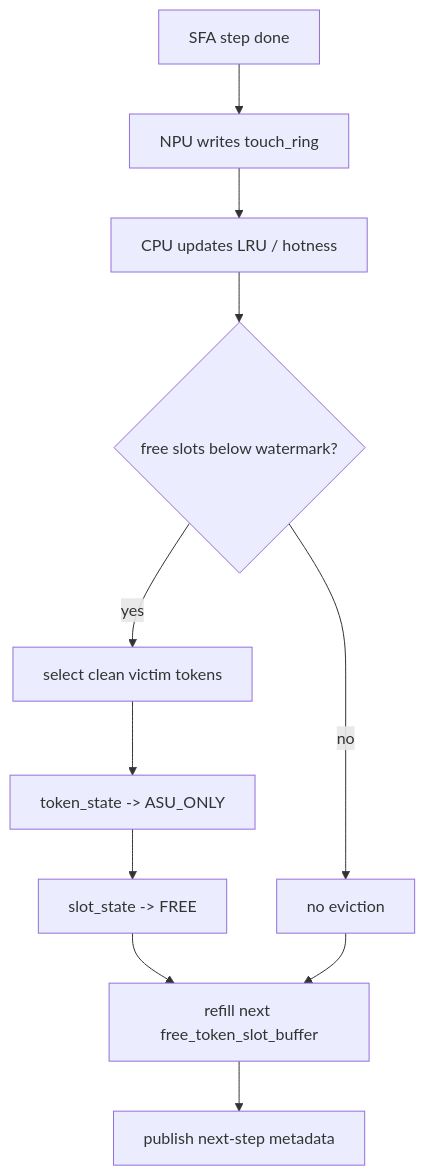
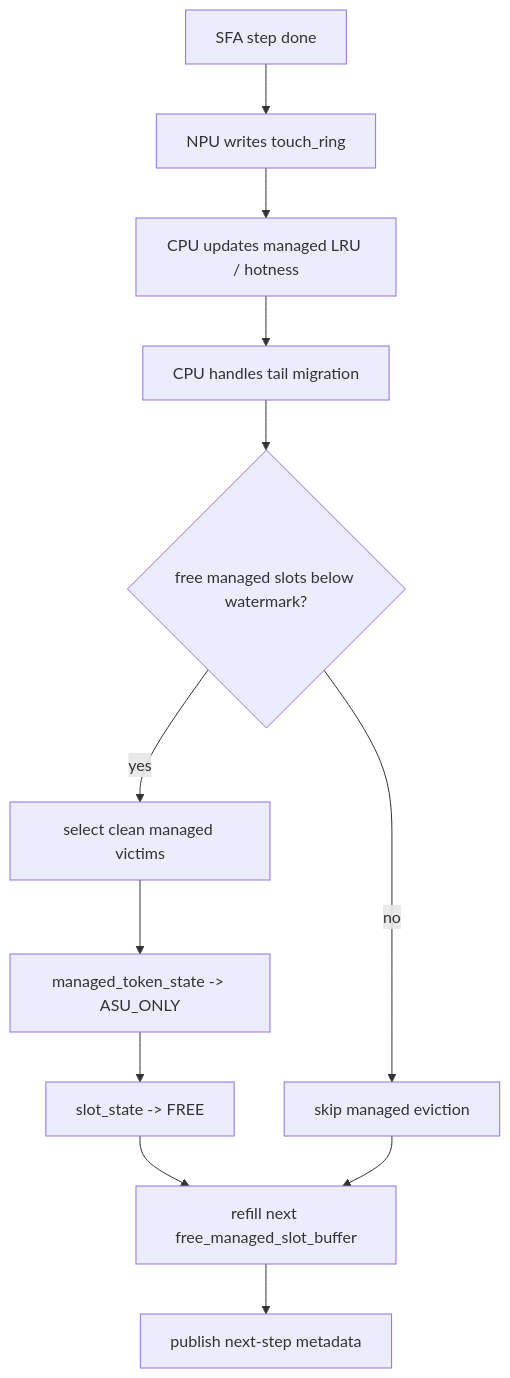
One commit to ykfnxx/ASU-Ascend changed the fifth of 6 diagrams in docs/draft/2026-06-02-npu-hbm-kvcache-management-draft.md. Above: the diagram before and after it, drawn with Mermaid. The commit also changed other lines of this file, not shown here.

Commit message:
Split KVCache managed and tail lookup paths

````diff
--- a/docs/draft/2026-06-02-npu-hbm-kvcache-management-draft.md
+++ b/docs/draft/2026-06-02-npu-hbm-kvcache-management-draft.md
@@ -895,13 +961,14 @@
 ```mermaid
 flowchart TB
     A["SFA step done"] --> B["NPU writes touch_ring"]
-    B --> C["CPU updates LRU / hotness"]
-    C --> D{"free slots below watermark?"}
-    D -- "yes" --> E["select clean victim tokens"]
-    D -- "no" --> F["no eviction"]
-    E --> G["token_state -> ASU_ONLY"]
-    G --> H["slot_state -> FREE"]
-    H --> I["refill next free_token_slot_buffer"]
-    F --> I
-    I --> J["publish next-step metadata"]
+    B --> C["CPU updates managed LRU / hotness"]
+    C --> D["CPU handles tail migration"]
+    D --> E{"free managed slots below watermark?"}
+    E -- "yes" --> F["select clean managed victims"]
+    E -- "no" --> G["skip managed eviction"]
+    F --> H["managed_token_state -> ASU_ONLY"]
+    H --> I["slot_state -> FREE"]
+    I --> J["refill next free_managed_slot_buffer"]
+    G --> J
+    J --> K["publish next-step metadata"]
 ```
````
